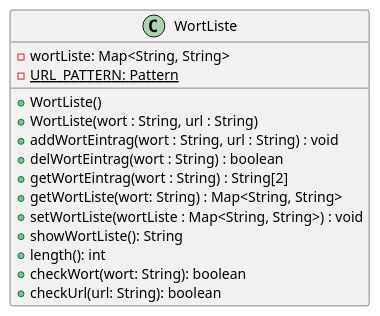
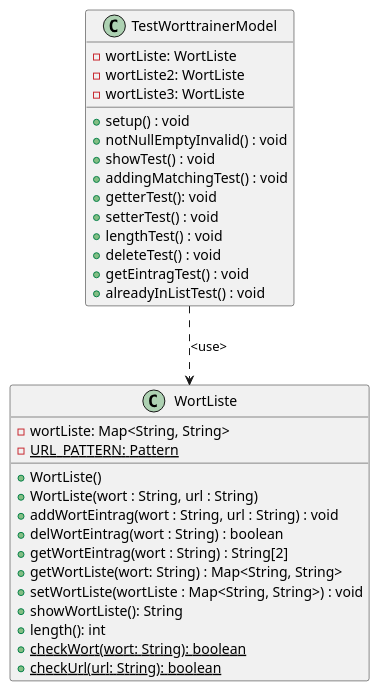
The diagram in src/main/resources/Worttrainer Reloaded.puml (TGM-HIT/sew9-2425-worttrainer-Batscho), drawn with PlantUML before and after one commit. The commit also changed 1 other file, not shown here.

Commit message:
[GK] Worttrainer Reloaded Commit 20: Nun auch die Methoden zum Checken der URL und der Wörter statisch gemacht, um klassenübergreifend auch verwendet und getestet zu werden.

```diff
--- a/src/main/resources/Worttrainer Reloaded.puml
+++ b/src/main/resources/Worttrainer Reloaded.puml
@@ -1,21 +1,38 @@
 @startuml
 'https://plantuml.com/class-diagram
 
+TestWorttrainerModel ..> WortListe : <use>
 
 class WortListe {
 - wortListe: Map<String, String>
 - {static} URL_PATTERN: Pattern
 + WortListe()
 + WortListe(wort : String, url : String)
 + addWortEintrag(wort : String, url : String) : void
 + delWortEintrag(wort : String) : boolean
 + getWortEintrag(wort : String) : String[2]
 + getWortListe(wort: String) : Map<String, String>
 + setWortListe(wortListe : Map<String, String>) : void
 + showWortListe(): String
 + length(): int
-+ checkWort(wort: String): boolean
-+ checkUrl(url: String): boolean
++ {static} checkWort(wort: String): boolean
++ {static} checkUrl(url: String): boolean
+}
+
+class TestWorttrainerModel {
+- wortListe: WortListe
+- wortListe2: WortListe
+- wortListe3: WortListe
++ setup() : void
++ notNullEmptyInvalid() : void
++ showTest() : void
++ addingMatchingTest() : void
++ getterTest(): void
++ setterTest() : void
++ lengthTest() : void
++ deleteTest() : void
++ getEintragTest() : void
++ alreadyInListTest() : void
 }
 
 @enduml
```
